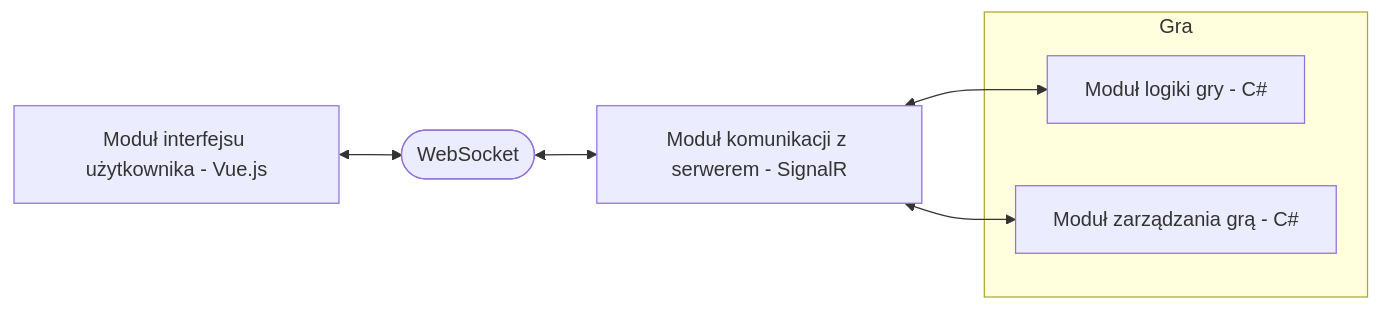
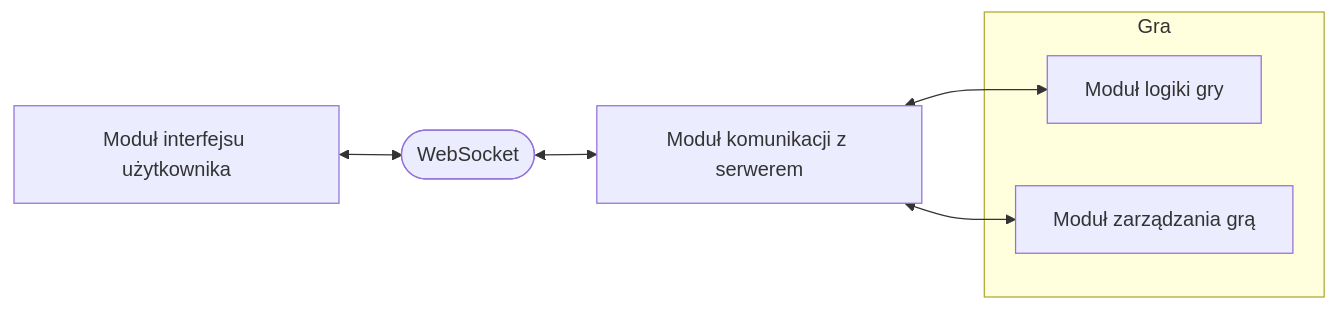
The diagram in Diagrams/Modules.md (asporczyk/monopoly), drawn with Mermaid before and after one commit. The commit also changed 1 other file, not shown here.

Commit message:
Fix diagrams

````diff
--- a/Diagrams/Modules.md
+++ b/Diagrams/Modules.md
@@ -2,19 +2,19 @@
 ```mermaid
 flowchart LR
-    Web[Moduł interfejsu użytkownika - Vue.js]
-    CommunicationHub[Moduł komunikacji z serwerem - SignalR]
-    GameLogic[Moduł logiki gry - C#]
-    GameManagement[Moduł zarządzania grą - C#]
+    Web[Moduł interfejsu użytkownika]
+    CommunicationHub[Moduł komunikacji z serwerem]
+    GameLogic[Moduł logiki gry]
+    GameManagement[Moduł zarządzania grą]
     WebSocket([WebSocket])
     
     Web <--> WebSocket <--> CommunicationHub 
     
     CommunicationHub <--> GameLogic
     CommunicationHub <--> GameManagement
     
     subgraph Gra 
         GameLogic
         GameManagement
     end
     
 ```
````
